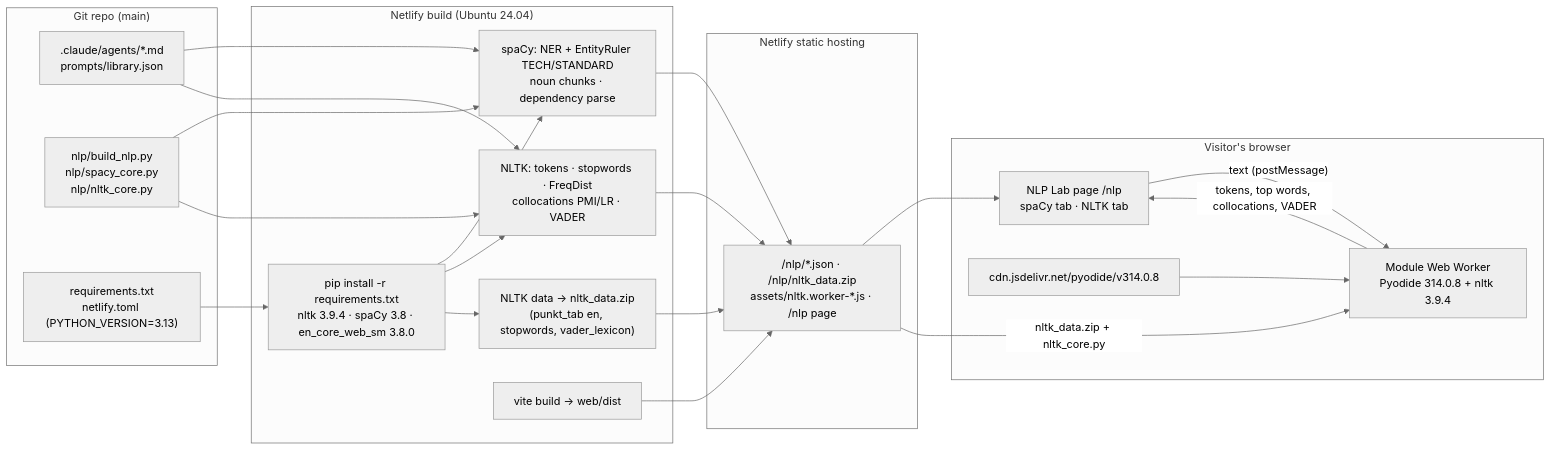
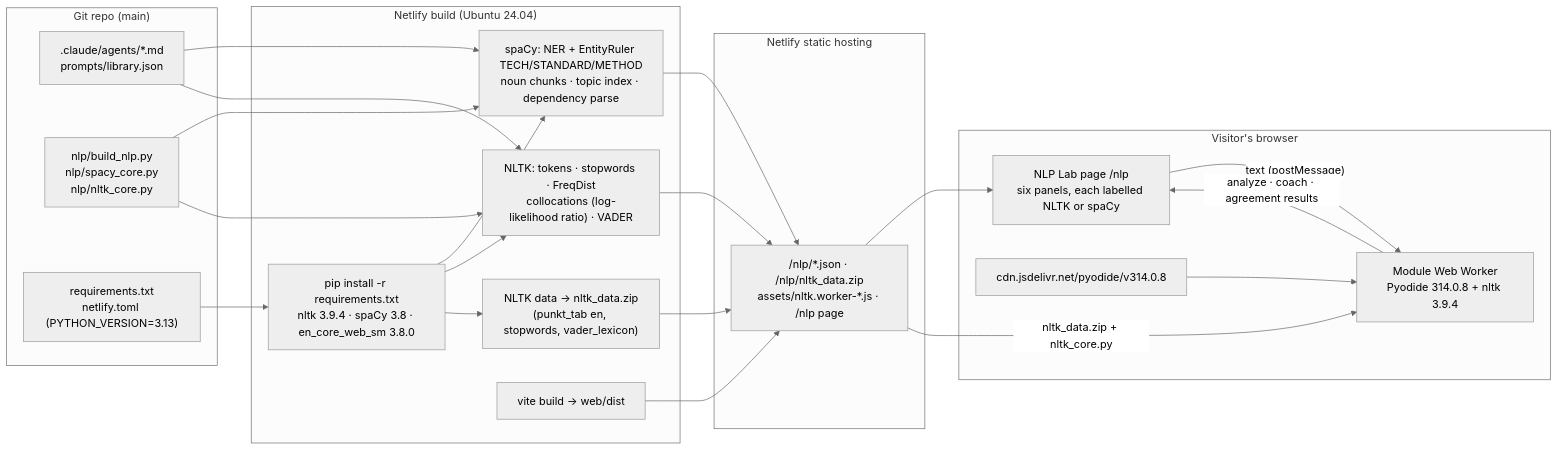
The diagram in docs/research/07-architecture.md (jonathanwmartineza-collab/NLPFinalJM), drawn with Mermaid (neutral theme) before and after one commit. The commit also changed other lines of this file and 37 other files, not shown here.

First line of the commit message:
NLP final: hard-test fixes (routing, agreement map, NER, insights, chat context, prompt-leak guard, accessibility, edge cases)

````diff
--- a/docs/research/07-architecture.md
+++ b/docs/research/07-architecture.md
@@ -9,34 +9,34 @@
 ```mermaid
 flowchart LR
   subgraph Repo["Git repo (main)"]
     A[".claude/agents/*.md<br/>prompts/library.json"]
     P["nlp/build_nlp.py<br/>nlp/spacy_core.py<br/>nlp/nltk_core.py"]
     R["requirements.txt<br/>netlify.toml (PYTHON_VERSION=3.13)"]
   end
   subgraph Build["Netlify build (Ubuntu 24.04)"]
     I["pip install -r requirements.txt<br/>nltk 3.9.4 · spaCy 3.8 · en_core_web_sm 3.8.0"]
-    S["spaCy: NER + EntityRuler TECH/STANDARD<br/>noun chunks · dependency parse"]
-    N["NLTK: tokens · stopwords · FreqDist<br/>collocations PMI/LR · VADER"]
+    S["spaCy: NER + EntityRuler TECH/STANDARD/METHOD<br/>noun chunks · topic index · dependency parse"]
+    N["NLTK: tokens · stopwords · FreqDist<br/>collocations (log-likelihood ratio) · VADER"]
     D["NLTK data → nltk_data.zip<br/>(punkt_tab en, stopwords, vader_lexicon)"]
     V["vite build → web/dist"]
   end
   subgraph CDN["Netlify static hosting"]
     J["/nlp/*.json · /nlp/nltk_data.zip<br/>assets/nltk.worker-*.js · /nlp page"]
   end
   subgraph Browser["Visitor's browser"]
-    UI["NLP Lab page /nlp<br/>spaCy tab · NLTK tab"]
+    UI["NLP Lab page /nlp<br/>six panels, each labelled NLTK or spaCy"]
     W["Module Web Worker<br/>Pyodide 314.0.8 + nltk 3.9.4"]
     JD["cdn.jsdelivr.net/pyodide/v314.0.8"]
   end
   R --> I
   A --> S & N
   P --> S & N
   I --> S & N & D
   S & N & D --> J
   V --> J
   J --> UI
   UI -- "text (postMessage)" --> W
   JD --> W
   J -- "nltk_data.zip + nltk_core.py" --> W
-  W -- "tokens, top words, collocations, VADER" --> UI
+  W -- "analyze · coach · agreement results" --> UI
 ```
````
